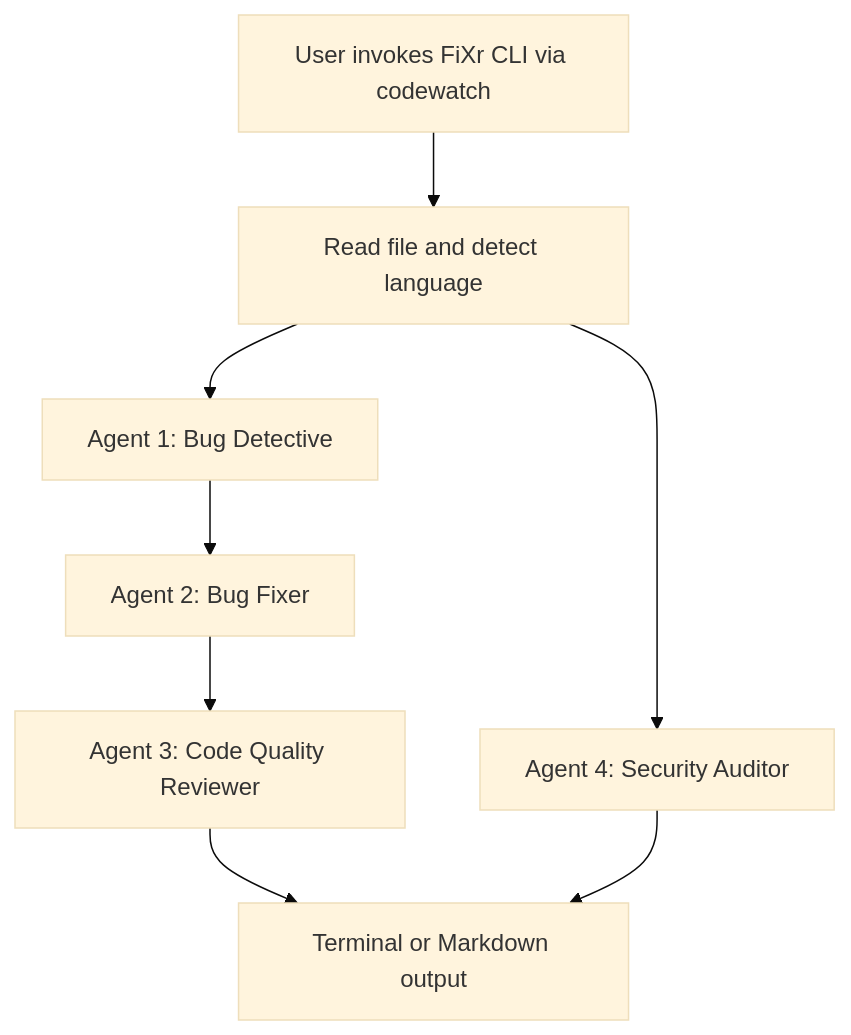
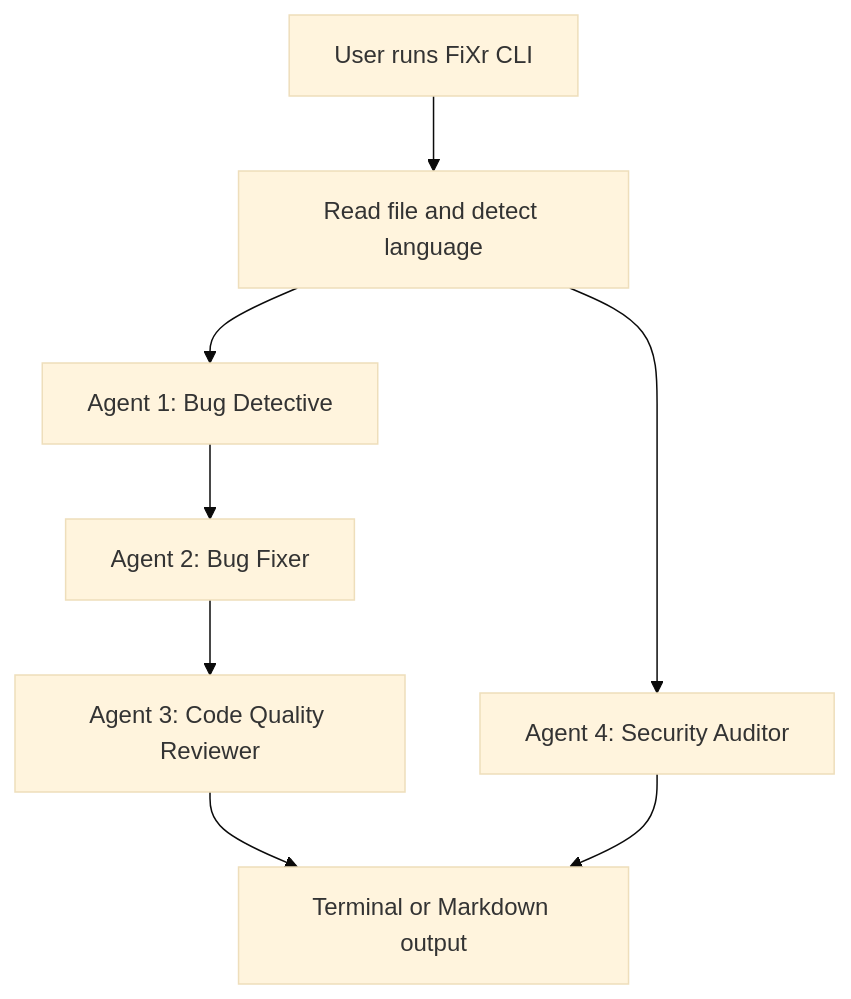
Before and after one commit to soumyachk101/FiXr: the diagram in README.md, drawn with Mermaid (base theme). The commit also changed other lines of this file, not shown here.

First line of the commit message:
Polish README accessibility text and diagram wording

````diff
--- a/README.md
+++ b/README.md
@@ -46,10 +46,10 @@
 ```mermaid
 graph TD
-    User[User invokes FiXr CLI via codewatch] --> Reader[Read file and detect language]
+    User[User runs FiXr CLI] --> Reader[Read file and detect language]
     Reader --> A1[Agent 1: Bug Detective]
     A1 --> A2[Agent 2: Bug Fixer]
     A2 --> A3[Agent 3: Code Quality Reviewer]
     Reader --> A4[Agent 4: Security Auditor]
     A3 --> Render[Terminal or Markdown output]
     A4 --> Render
 ```
````
